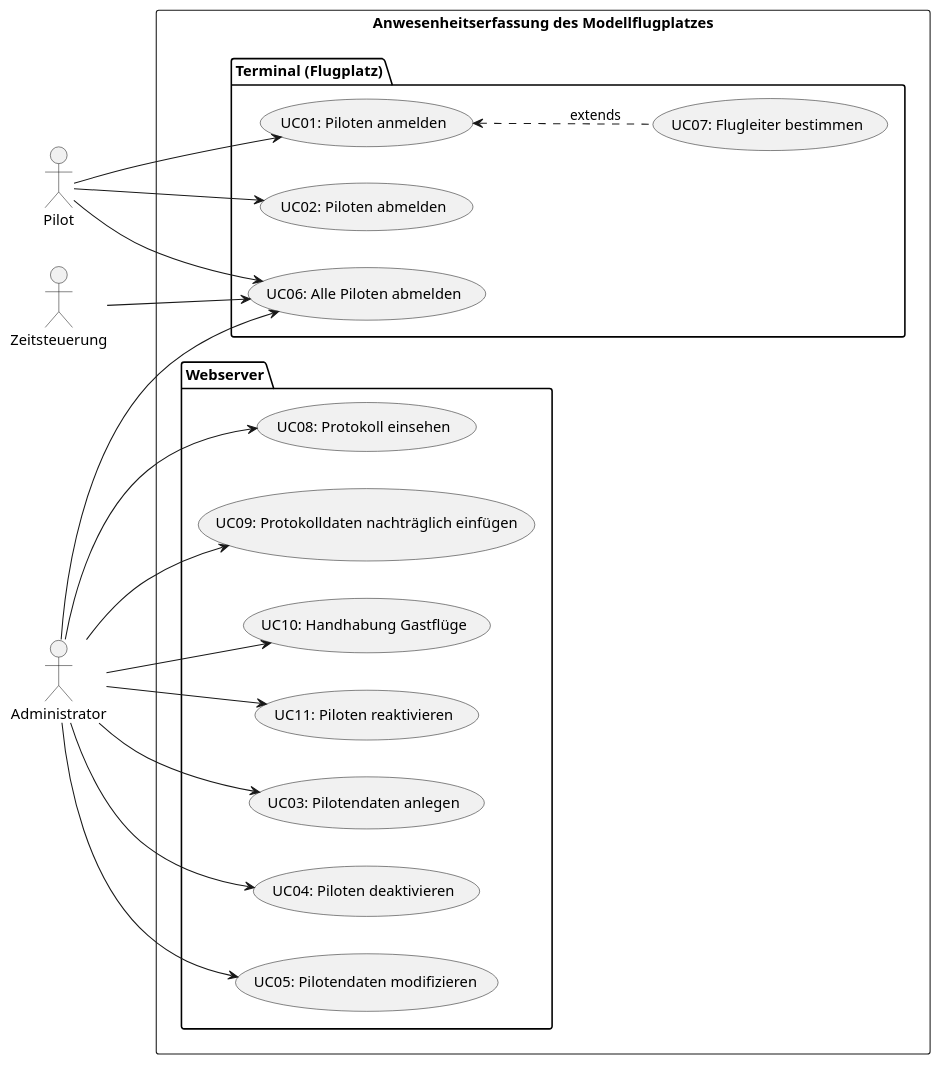
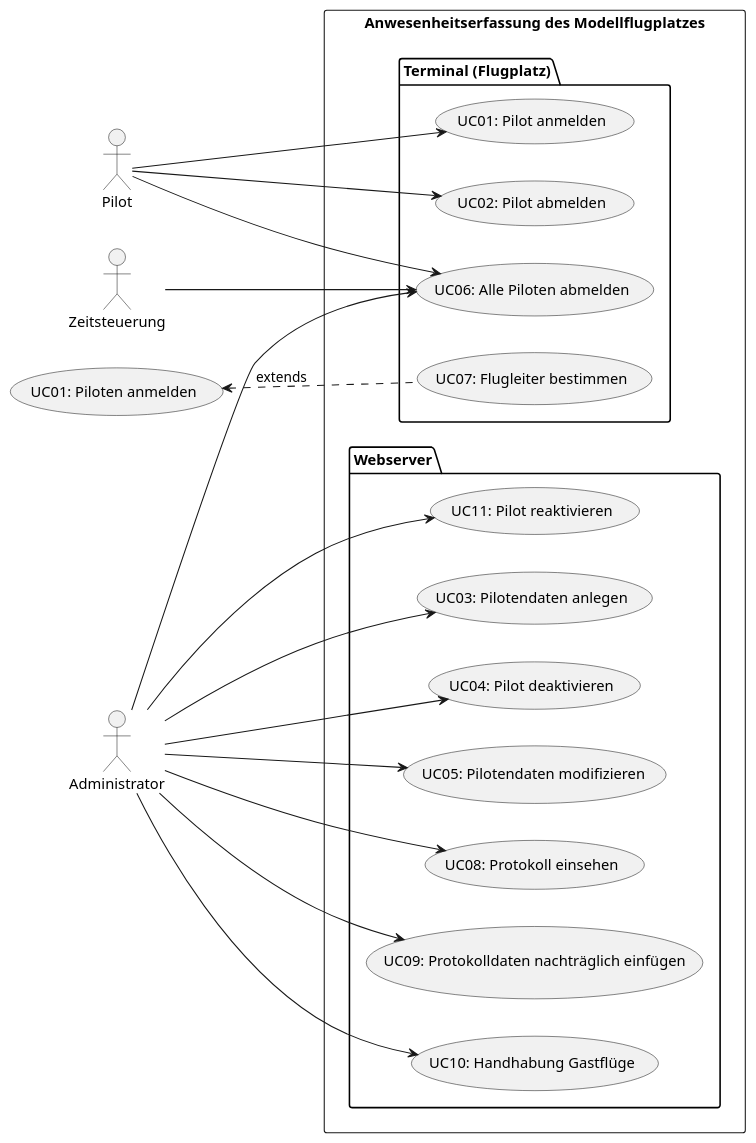
Before and after one commit to Lernni/E2-Anwesenheitserfassung-fuer-Modellflugplatz: the diagram in docs/requirements/images/Use-Case-Diagramm/use_case_diagram.puml, drawn with PlantUML. The commit also changed 2 other files, not shown here.

Commit message:
#64 #62 Korrekturen Architecture-Notebook und UC-Model

```diff
--- a/docs/requirements/images/Use-Case-Diagramm/use_case_diagram.puml
+++ b/docs/requirements/images/Use-Case-Diagramm/use_case_diagram.puml
@@ -1,64 +1,64 @@
 @startuml use_case_diagram
 
 left to right direction
 
 actor Pilot
 
 actor Administrator
 
 actor Zeitsteuerung
 
 rectangle "Anwesenheitserfassung des Modellflugplatzes" {
   
   package "Terminal (Flugplatz)"{
 
-  (UC01: Piloten anmelden)
-  (UC02: Piloten abmelden)
+  (UC01: Pilot anmelden)
+  (UC02: Pilot abmelden)
   (UC06: Alle Piloten abmelden)
   (UC07: Flugleiter bestimmen)
 
   }
   
   package "Webserver"{
 
   (UC03: Pilotendaten anlegen)
-  (UC04: Piloten deaktivieren)
+  (UC04: Pilot deaktivieren)
   (UC05: Pilotendaten modifizieren)
   (UC08: Protokoll einsehen)
   (UC09: Protokolldaten nachträglich einfügen)
   (UC10: Handhabung Gastflüge)
-  (UC11: Piloten reaktivieren)
+  (UC11: Pilot reaktivieren)
   
   }
 }
 
 
-Pilot --> (UC01: Piloten anmelden)
+Pilot --> (UC01: Pilot anmelden)
 (UC01: Piloten anmelden) <.down. (UC07: Flugleiter bestimmen) : extends
 
-Pilot --> (UC02: Piloten abmelden)
+Pilot --> (UC02: Pilot abmelden)
 
 Pilot --> (UC06: Alle Piloten abmelden)
 
 
 Administrator --> (UC03: Pilotendaten anlegen) 
 
-Administrator --> (UC04: Piloten deaktivieren) 
+Administrator --> (UC04: Pilot deaktivieren) 
 
 Administrator --> (UC05: Pilotendaten modifizieren) 
 
 Administrator --> (UC08: Protokoll einsehen) 
 
 Administrator --> (UC09: Protokolldaten nachträglich einfügen) 
 
 Administrator -->  (UC10: Handhabung Gastflüge)
 
 Administrator --> (UC06: Alle Piloten abmelden)
 
-Administrator --> (UC11: Piloten reaktivieren)
+Administrator --> (UC11: Pilot reaktivieren)
 
 
 Zeitsteuerung --> (UC06: Alle Piloten abmelden)
 
 
 @enduml
```
